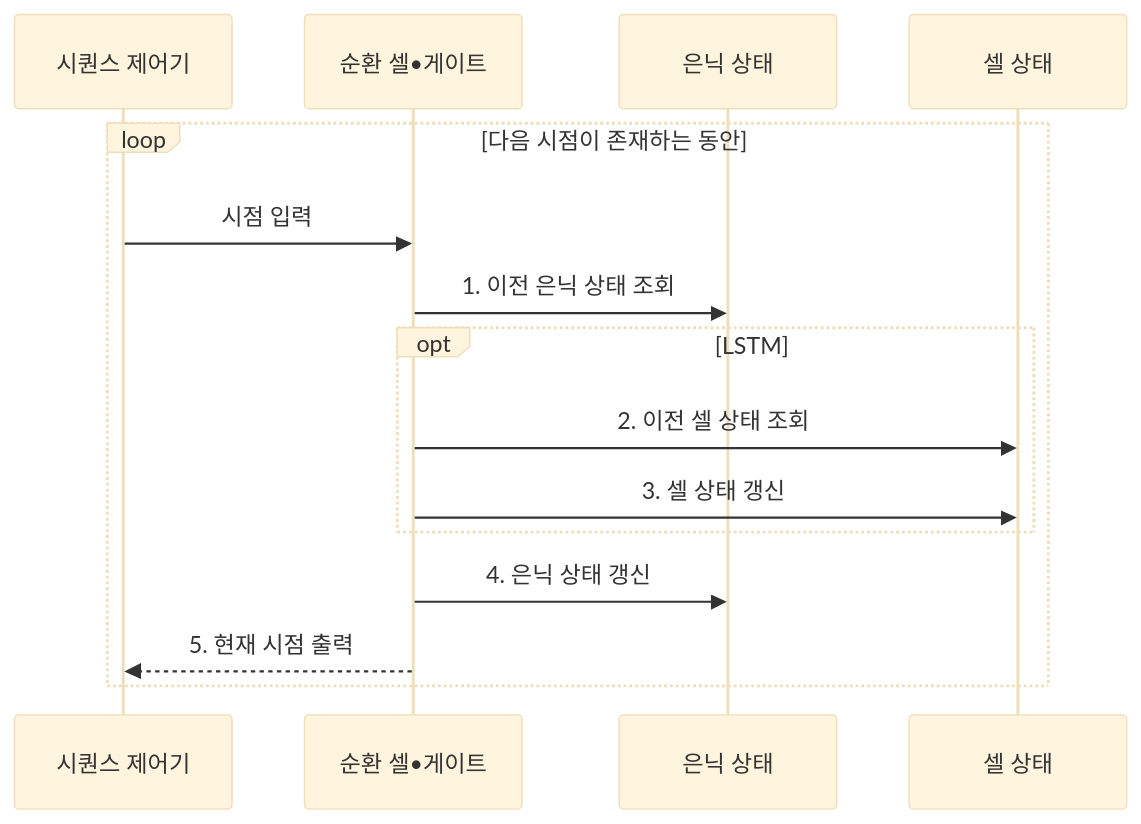
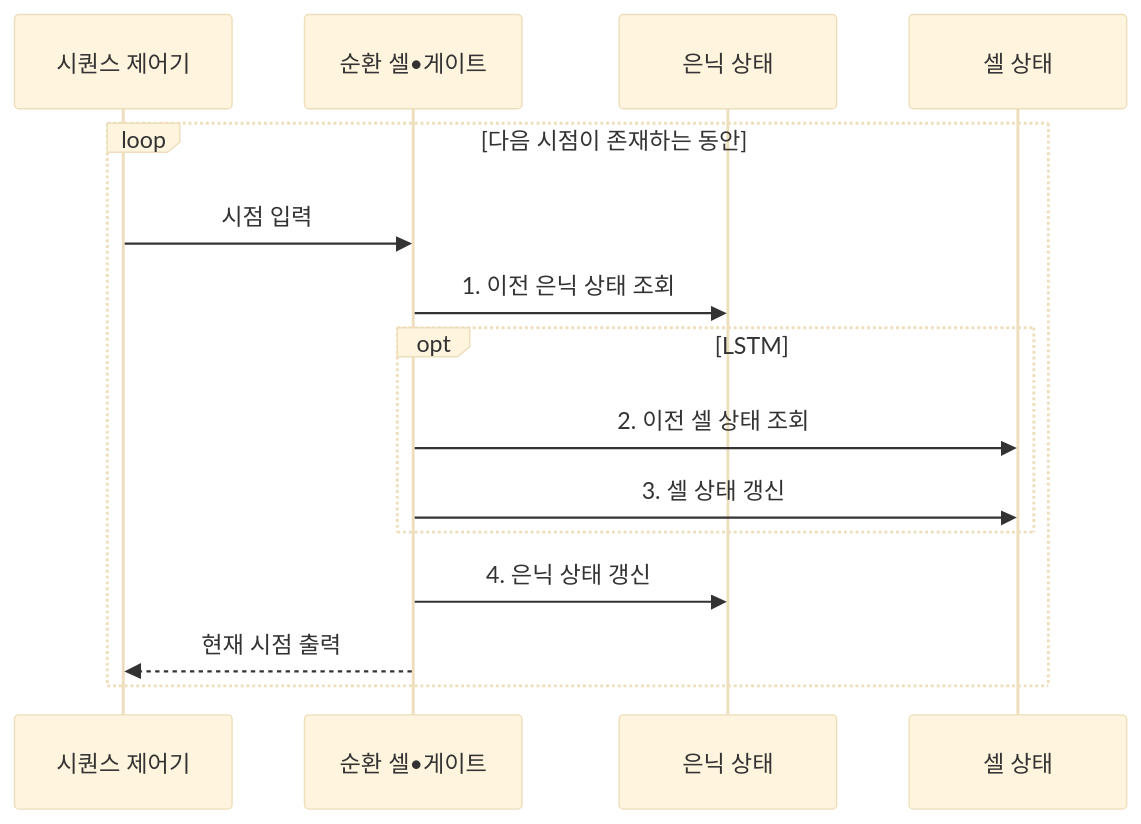
The second of 2 diagrams in src/content/docs/notes/01-basic-theory/044_rnn.md (agnusdei1207/knowledge-base), drawn with Mermaid (base theme) before and after one commit. The commit also changed other lines of this file and 20 other files, not shown here.

````diff
--- a/src/content/docs/notes/01-basic-theory/044_rnn.md
+++ b/src/content/docs/notes/01-basic-theory/044_rnn.md
@@ -81,17 +81,17 @@
 ```mermaid
 sequenceDiagram
     participant T as 시퀀스 제어기
     participant R as 순환 셀•게이트
     participant H as 은닉 상태
     participant C as 셀 상태
     loop 다음 시점이 존재하는 동안
         T->>R: 시점 입력
         R->>H: 1. 이전 은닉 상태 조회
         opt LSTM
             R->>C: 2. 이전 셀 상태 조회
             R->>C: 3. 셀 상태 갱신
         end
         R->>H: 4. 은닉 상태 갱신
-        R-->>T: 5. 현재 시점 출력
+        R-->>T: 현재 시점 출력
     end
 ```
````
